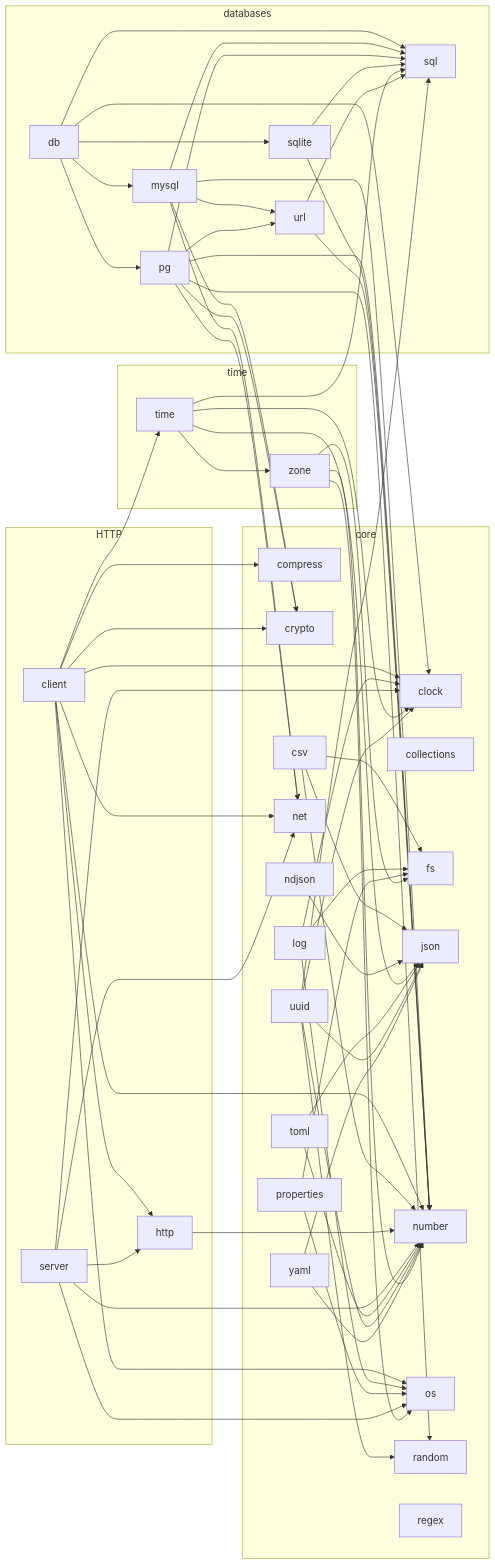
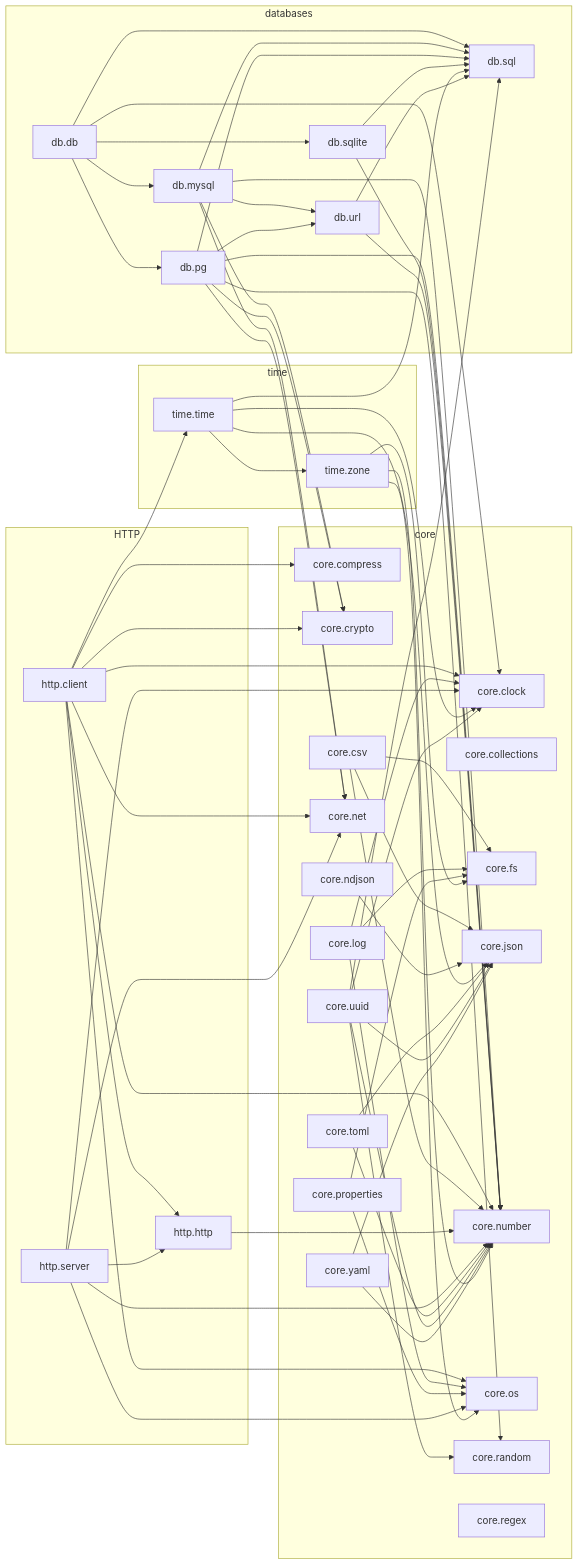
Before and after one commit to vasnatech/ziman: the diagram in docs/lib/dependencies.md, drawn with Mermaid. The commit also changed other lines of this file and 2 other files, not shown here.

Commit message:
library map and dependency page: name modules folder.module (http.server, db.pg, ...)

````diff
--- a/docs/lib/dependencies.md
+++ b/docs/lib/dependencies.md
@@ -8,41 +8,41 @@
 ```mermaid
 flowchart LR
     subgraph group_core["core"]
-        clock[clock]
-        collections[collections]
-        compress[compress]
-        crypto[crypto]
-        csv[csv]
-        fs[fs]
-        json[json]
-        log[log]
-        ndjson[ndjson]
-        net[net]
-        number[number]
-        os[os]
-        properties[properties]
-        random[random]
-        regex[regex]
-        toml[toml]
-        uuid[uuid]
-        yaml[yaml]
+        clock["core.clock"]
+        collections["core.collections"]
+        compress["core.compress"]
+        crypto["core.crypto"]
+        csv["core.csv"]
+        fs["core.fs"]
+        json["core.json"]
+        log["core.log"]
+        ndjson["core.ndjson"]
+        net["core.net"]
+        number["core.number"]
+        os["core.os"]
+        properties["core.properties"]
+        random["core.random"]
+        regex["core.regex"]
+        toml["core.toml"]
+        uuid["core.uuid"]
+        yaml["core.yaml"]
     end
     subgraph group_db["databases"]
-        db[db]
-        mysql[mysql]
-        pg[pg]
-        sql[sql]
-        sqlite[sqlite]
-        url[url]
+        db["db.db"]
+        mysql["db.mysql"]
+        pg["db.pg"]
+        sql["db.sql"]
+        sqlite["db.sqlite"]
+        url["db.url"]
     end
     subgraph group_http["HTTP"]
-        client[client]
-        http[http]
-        server[server]
+        client["http.client"]
+        http["http.http"]
+        server["http.server"]
     end
     subgraph group_time["time"]
-        time[time]
-        zone[zone]
+        time["time.time"]
+        zone["time.zone"]
     end
     client --> clock
     client --> compress
````
